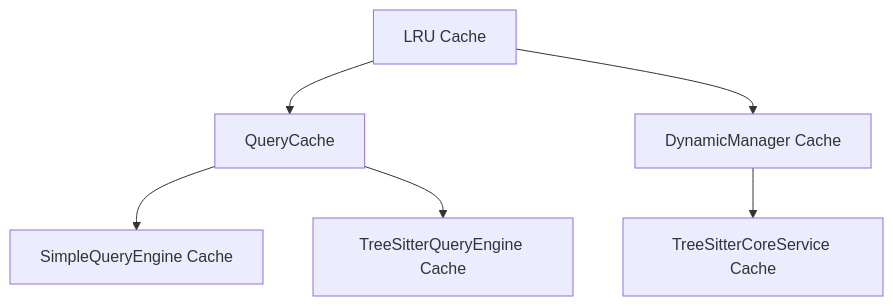
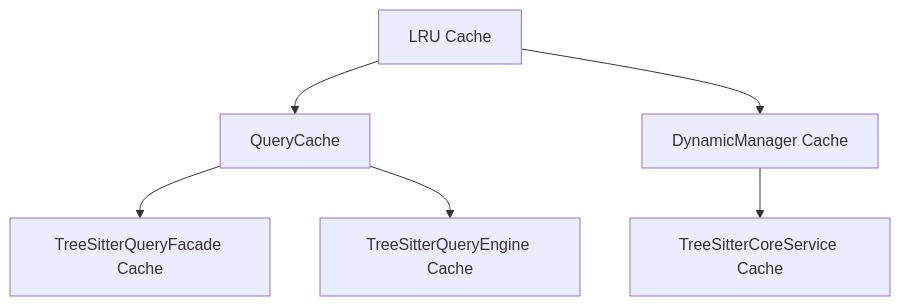
Before and after one commit to kkkqkx123/code-search-helper: the fourth of 4 diagrams in src/service/parser/TreeSitter-Architecture-Responsibilities.md, drawn with Mermaid. The commit also changed other lines of this file and 34 other files, not shown here.

````diff
--- a/src/service/parser/TreeSitter-Architecture-Responsibilities.md
+++ b/src/service/parser/TreeSitter-Architecture-Responsibilities.md
@@ -203,9 +270,9 @@
 ```mermaid
 graph TD
-    A[QueryCache] --> B[SimpleQueryEngine Cache]
+    A[QueryCache] --> B[TreeSitterQueryFacade Cache]
     A --> C[TreeSitterQueryEngine Cache]
     D[DynamicManager Cache] --> E[TreeSitterCoreService Cache]
     
     F[LRU Cache] --> A
     F --> D
 ```
````
